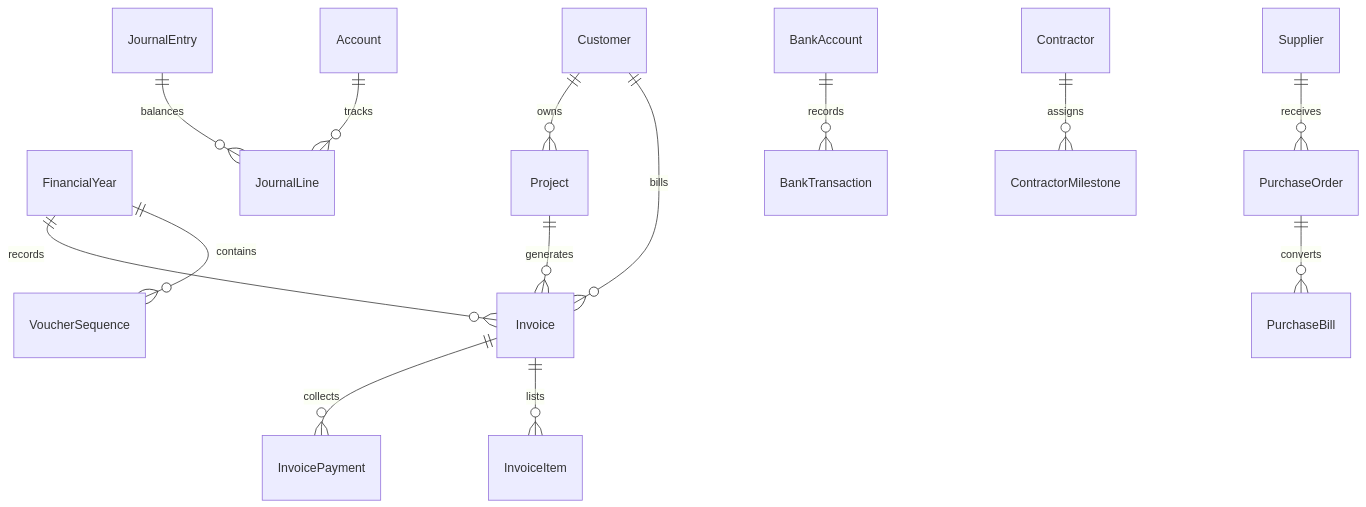
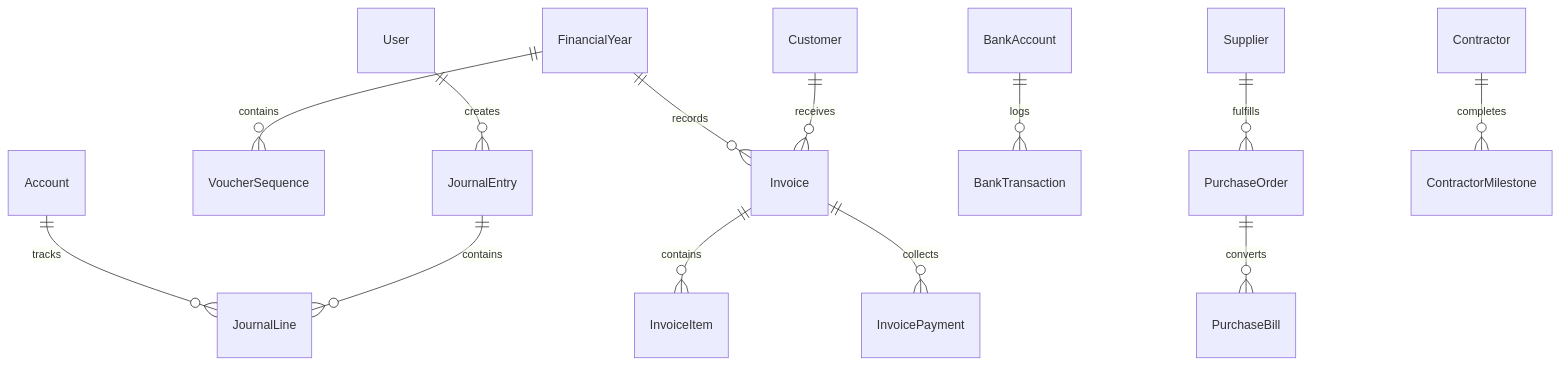
One commit to standardroofs-bot/standardroofs-accounting-software changed the second of 2 diagrams in PROJECT_DOCUMENTATION.md. Above: the diagram before and after it, drawn with Mermaid. The commit also changed other lines of this file and 1 other file, not shown here.

Commit message:
docs: complete exhaustive A to Z operations manual and project architecture documentation

````diff
--- a/PROJECT_DOCUMENTATION.md
+++ b/PROJECT_DOCUMENTATION.md
@@ -67,16 +75,15 @@
 ```mermaid
 erDiagram
+    User ||--o{ JournalEntry : creates
     FinancialYear ||--o{ VoucherSequence : contains
     FinancialYear ||--o{ Invoice : records
-    Customer ||--o{ Invoice : bills
-    Customer ||--o{ Project : owns
-    Project ||--o{ Invoice : generates
-    Invoice ||--o{ InvoiceItem : lists
+    Customer ||--o{ Invoice : receives
+    Invoice ||--o{ InvoiceItem : contains
     Invoice ||--o{ InvoicePayment : collects
     Account ||--o{ JournalLine : tracks
-    JournalEntry ||--o{ JournalLine : balances
-    BankAccount ||--o{ BankTransaction : records
-    Supplier ||--o{ PurchaseOrder : receives
+    JournalEntry ||--o{ JournalLine : contains
+    BankAccount ||--o{ BankTransaction : logs
+    Supplier ||--o{ PurchaseOrder : fulfills
     PurchaseOrder ||--o{ PurchaseBill : converts
-    Contractor ||--o{ ContractorMilestone : assigns
+    Contractor ||--o{ ContractorMilestone : completes
 ```
````
